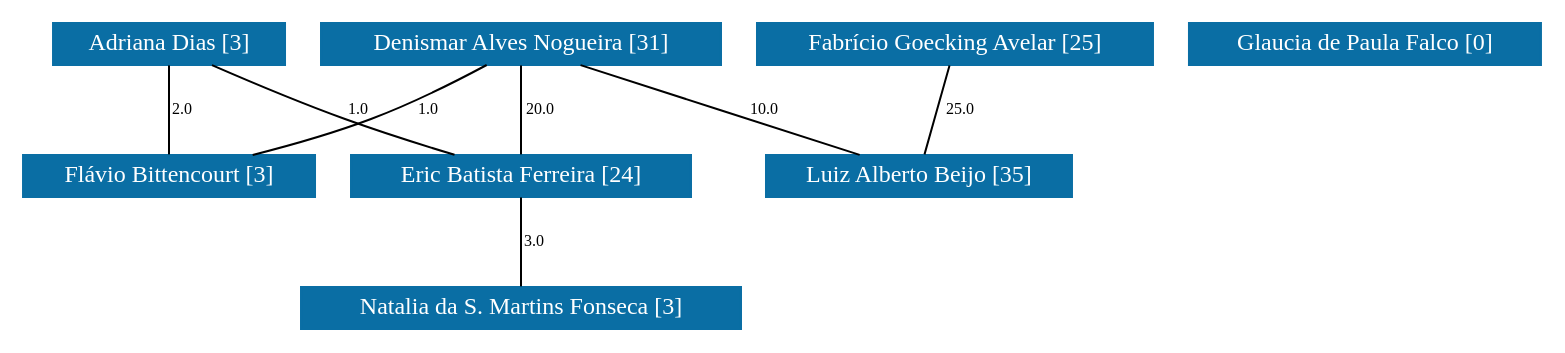
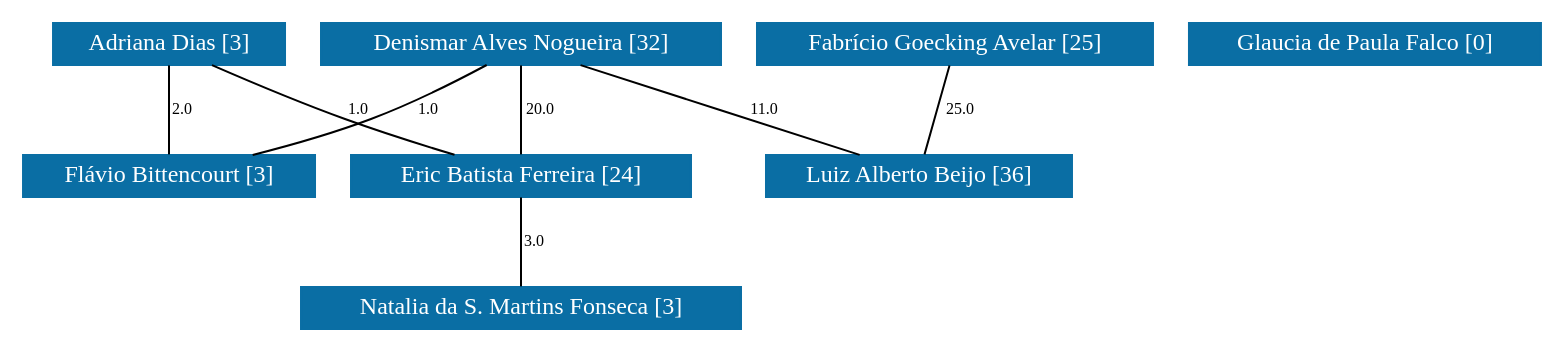
The diagram in de/grafoDeColaboracoesComPesos.dot (icamps/unifal-lattes.github.io), drawn with Graphviz before and after one commit. The commit also changed 878 other files, not shown here.

```diff
--- a/de/grafoDeColaboracoesComPesos.dot
+++ b/de/grafoDeColaboracoesComPesos.dot
@@ -1,95 +1,95 @@
 strict graph grafo2 {
 	graph [bb="0,0,624.5,153",
 		id=grafo2,
 		overlap=False
 	];
 	node [fontsize=12,
 		label="\N",
 		shape=rectangle,
 		style=filled
 	];
 	0	 [URL="membro-9808310940421979.html",
 		color="#0A6EA4",
 		fontcolor="#FFFFFF",
 		height=0.29167,
 		label="Adriana Dias [3]",
 		pos="58.5,142.5",
 		width=1.3333];
 	2	 [URL="membro-9965398009651936.html",
 		color="#0A6EA4",
 		fontcolor="#FFFFFF",
 		height=0.29167,
 		label="Eric Batista Ferreira [24]",
 		pos="205.5,76.5",
 		width=1.8889];
 	0 -- 2	 [fontsize=8,
 		label=1.0,
 		lp="115.5,109.5",
 		pos="70.567,132 80.654,123.68 95.726,112.29 110.5,105 125.79,97.461 143.46,91.49 159.39,87.003"];
 	4	 [URL="membro-6581499944728910.html",
 		color="#0A6EA4",
 		fontcolor="#FFFFFF",
 		height=0.29167,
 		label="Flávio Bittencourt [3]",
 		pos="59.5,76.5",
 		width=1.6528];
 	0 -- 4	 [fontsize=8,
 		label=2.0,
 		lp="64.5,109.5",
 		pos="58.661,131.9 58.846,119.65 59.15,99.622 59.336,87.297"];
 	7	 [URL="membro-3374954104030940.html",
 		color="#0A6EA4",
 		fontcolor="#FFFFFF",
 		height=0.29167,
 		label="Natalia da S. Martins Fonseca [3]",
 		pos="205.5,10.5",
 		width=2.4444];
 	2 -- 7	 [fontsize=8,
 		label=3.0,
 		lp="210.5,43.5",
 		pos="205.5,65.896 205.5,53.653 205.5,33.622 205.5,21.297"];
 	1	 [URL="membro-3858924778362309.html",
 		color="#0A6EA4",
 		fontcolor="#FFFFFF",
 		height=0.29167,
-		label="Denismar Alves Nogueira [31]",
+		label="Denismar Alves Nogueira [32]",
 		pos="205.5,142.5",
 		width=2.2361];
 	1 -- 2	 [fontsize=8,
 		label=20.0,
 		lp="212.5,109.5",
 		pos="205.5,131.9 205.5,119.65 205.5,99.622 205.5,87.297"];
 	1 -- 4	 [fontsize=8,
 		label=1.0,
 		lp="146.5,109.5",
 		pos="182.04,131.9 154.8,119.58 110.12,99.383 82.899,87.078"];
 	6	 [URL="membro-8194104388434526.html",
 		color="#0A6EA4",
 		fontcolor="#FFFFFF",
 		height=0.29167,
-		label="Luiz Alberto Beijo [35]",
+		label="Luiz Alberto Beijo [36]",
 		pos="370.5,76.5",
 		width=1.7778];
 	1 -- 6	 [fontsize=8,
-		label=10.0,
-		lp="305.5,109.5",
+		label=11.0,
+		lp="305,109.5",
 		pos="232.01,131.9 262.8,119.58 313.29,99.383 344.06,87.078"];
 	3	 [URL="membro-6886514520601172.html",
 		color="#0A6EA4",
 		fontcolor="#FFFFFF",
 		height=0.29167,
 		label="Fabrício Goecking Avelar [25]",
 		pos="384.5,142.5",
 		width=2.2222];
 	3 -- 6	 [fontsize=8,
 		label=25.0,
 		lp="385.5,109.5",
 		pos="382.25,131.9 379.65,119.65 375.4,99.622 372.79,87.297"];
 	5	 [URL="membro-4404511957654050.html",
 		color="#0A6EA4",
 		fontcolor="#FFFFFF",
 		height=0.29167,
 		label="Glaucia de Paula Falco [0]",
 		pos="553.5,142.5",
 		width=1.9722];
 }
```
